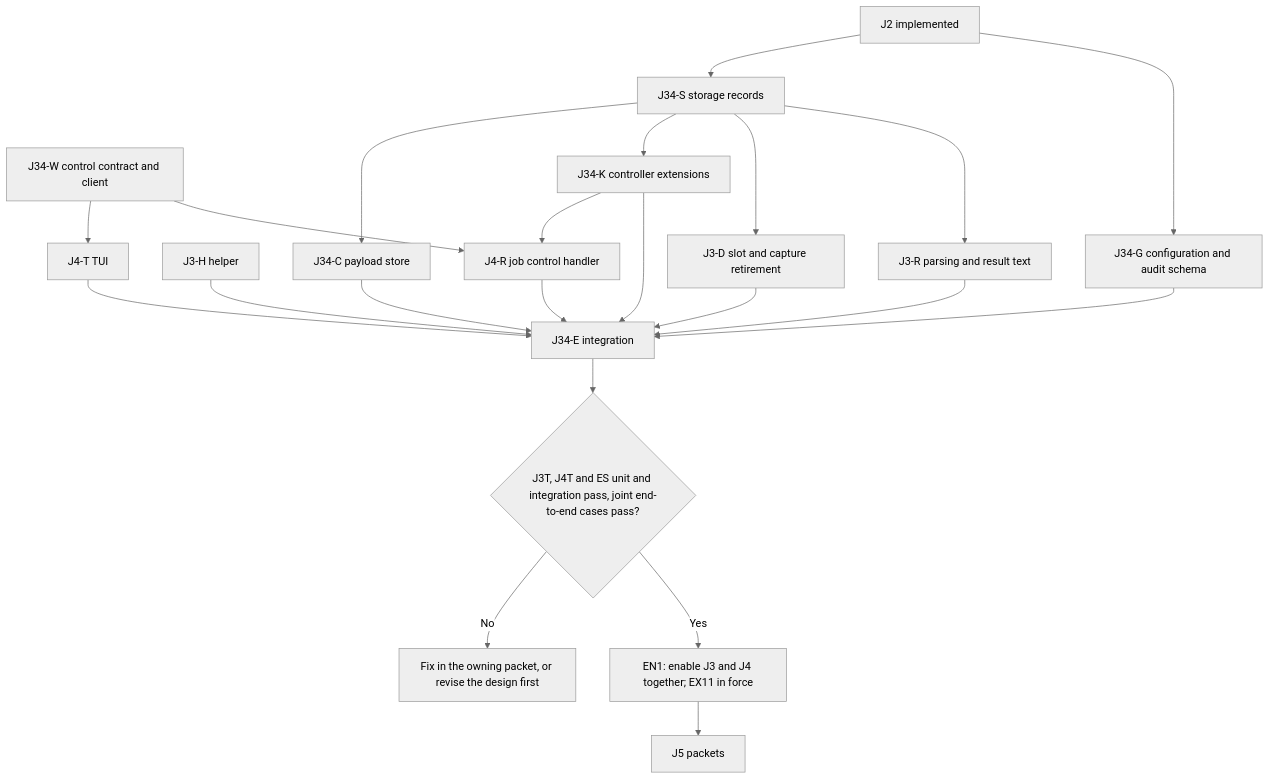
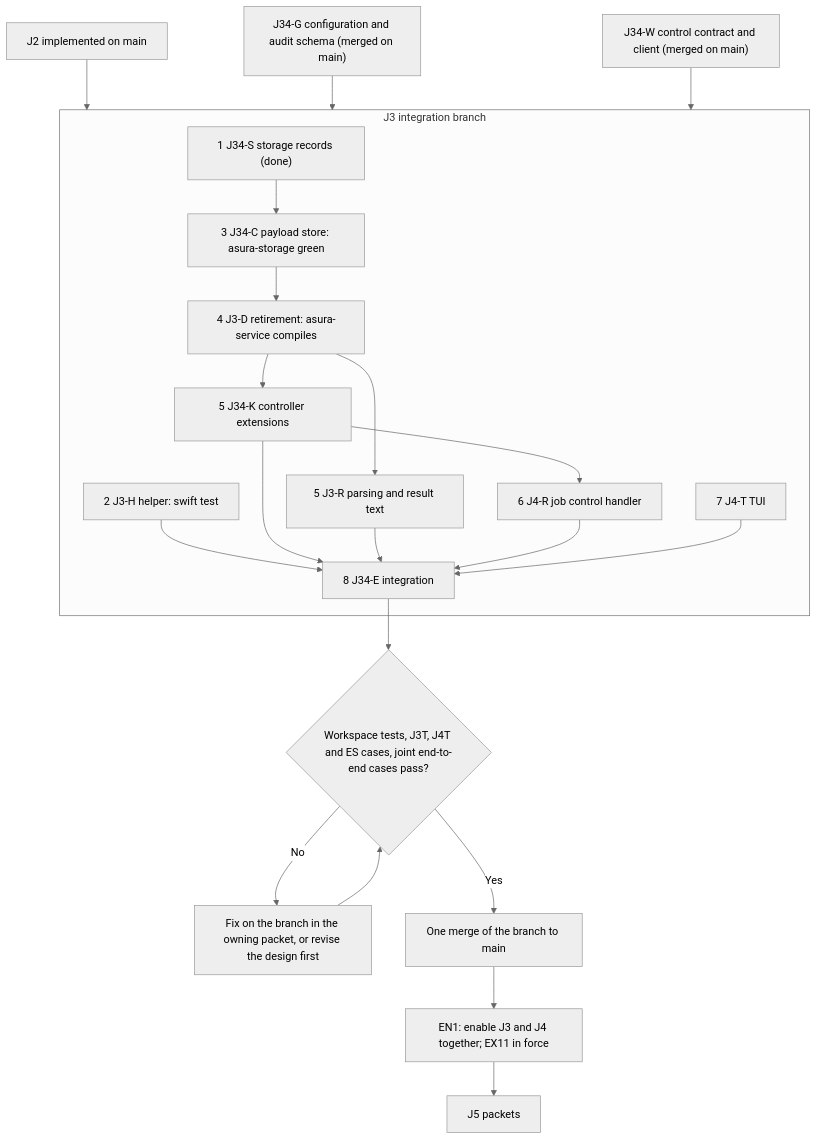
Before and after one commit to pidster/asura: diagram 21 of 23 in docs/designs/tool-job-controller.md, drawn with Mermaid (neutral theme). The commit also changed other lines of this file and 4 other files, not shown here.

````diff
--- a/docs/designs/tool-job-controller.md
+++ b/docs/designs/tool-job-controller.md
@@ -4446,26 +4682,33 @@
 ```mermaid
 flowchart TD
-    J2["J2 implemented"] --> S["J34-S storage records"]
-    J2 --> G["J34-G configuration and audit schema"]
-    W["J34-W control contract and client"]
-    H["J3-H helper"]
-    S --> C["J34-C payload store"]
-    S --> K["J34-K controller extensions"]
-    S --> D["J3-D slot and capture retirement"]
-    S --> R["J3-R parsing and result text"]
-    W --> T["J4-T TUI"]
-    W --> CR["J4-R job control handler"]
-    K --> CR
-    C --> E["J34-E integration"]
-    K --> E
-    D --> E
-    R --> E
-    CR --> E
-    T --> E
-    G --> E
-    H --> E
-    E --> Gate{"J3T, J4T and ES unit and integration pass, joint end-to-end cases pass?"}
-    Gate -->|No| Fix["Fix in the owning packet, or revise the design first"]
-    Gate -->|Yes| Enable["EN1: enable J3 and J4 together; EX11 in force"]
+    J2["J2 implemented on main"] --> Branch
+    G["J34-G configuration and audit schema (merged on main)"] --> Branch
+    W["J34-W control contract and client (merged on main)"] --> Branch
+    subgraph Branch["J3 integration branch"]
+        S["1 J34-S storage records (done)"]
+        H["2 J3-H helper: swift test"]
+        C["3 J34-C payload store: asura-storage green"]
+        D["4 J3-D retirement: asura-service compiles"]
+        K["5 J34-K controller extensions"]
+        R["5 J3-R parsing and result text"]
+        CR["6 J4-R job control handler"]
+        T["7 J4-T TUI"]
+        E["8 J34-E integration"]
+        S --> C
+        C --> D
+        D --> K
+        D --> R
+        K --> CR
+        H --> E
+        K --> E
+        R --> E
+        CR --> E
+        T --> E
+    end
+    E --> Gate{"Workspace tests, J3T, J4T and ES cases, joint end-to-end cases pass?"}
+    Gate -->|No| Fix["Fix on the branch in the owning packet, or revise the design first"]
+    Fix --> Gate
+    Gate -->|Yes| Merge["One merge of the branch to main"]
+    Merge --> Enable["EN1: enable J3 and J4 together; EX11 in force"]
     Enable --> J5["J5 packets"]
 ```
````
